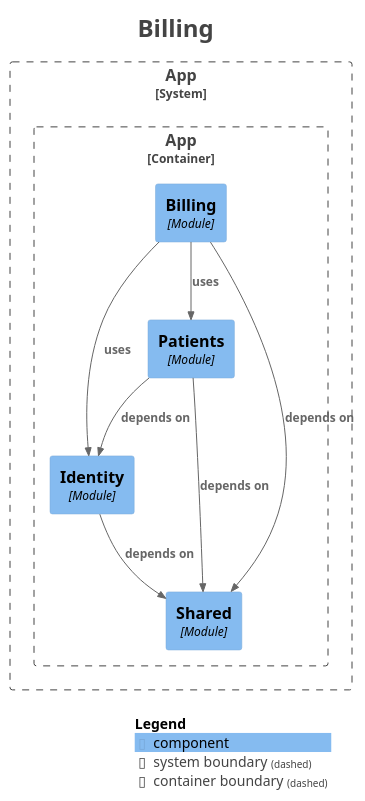
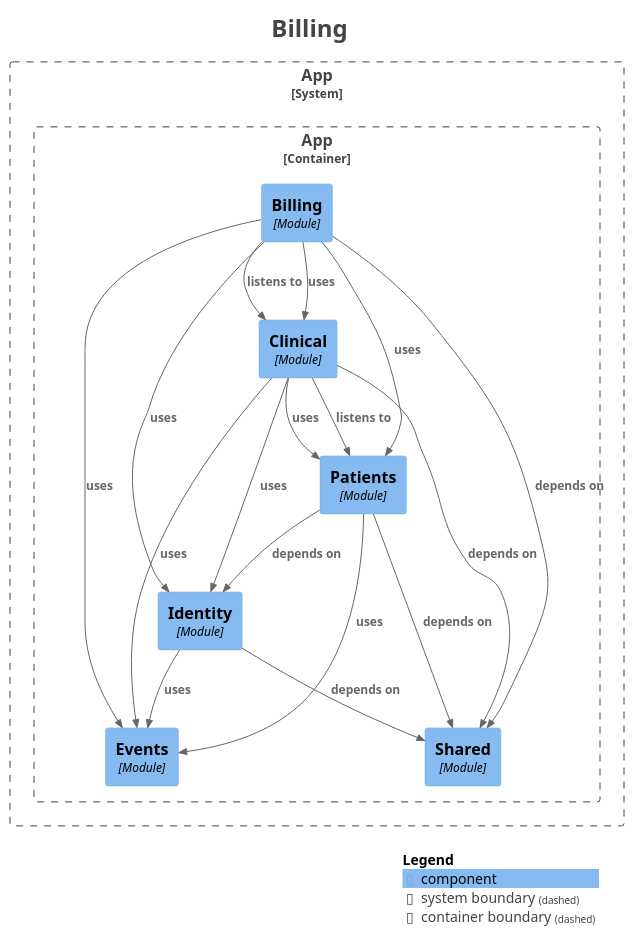
One commit to mrscams/psymate-api changed the diagram in docs/generated/module-billing.puml. Above: the diagram before and after it, drawn with PlantUML. The commit also changed 40 other files, not shown here.

```diff
--- a/docs/generated/module-billing.puml
+++ b/docs/generated/module-billing.puml
@@ -1,37 +1,49 @@
 @startuml
 title <size:24>Billing</size>
 
 set separator none
 top to bottom direction
 
 <style>
   root {
     BackgroundColor: #ffffff
     FontColor: #444444
   }
 </style>
 
 !include <C4/C4>
 !include <C4/C4_Context>
 !include <C4/C4_Component>
 
 System_Boundary("App_boundary", "App", $tags="") {
   Container_Boundary("App.App_boundary", "App", $tags="") {
     Component(App.App.Billing, "Billing", $techn="Module", $descr="", $tags="", $link="")
+    Component(App.App.Clinical, "Clinical", $techn="Module", $descr="", $tags="", $link="")
+    Component(App.App.Events, "Events", $techn="Module", $descr="", $tags="", $link="")
     Component(App.App.Identity, "Identity", $techn="Module", $descr="", $tags="", $link="")
     Component(App.App.Patients, "Patients", $techn="Module", $descr="", $tags="", $link="")
     Component(App.App.Shared, "Shared", $techn="Module", $descr="", $tags="", $link="")
   }
 
 }
 
+Rel(App.App.Billing, App.App.Clinical, "listens to", $techn="", $tags="", $link="")
+Rel(App.App.Billing, App.App.Clinical, "uses", $techn="", $tags="", $link="")
+Rel(App.App.Billing, App.App.Events, "uses", $techn="", $tags="", $link="")
 Rel(App.App.Billing, App.App.Identity, "uses", $techn="", $tags="", $link="")
 Rel(App.App.Billing, App.App.Patients, "uses", $techn="", $tags="", $link="")
 Rel(App.App.Billing, App.App.Shared, "depends on", $techn="", $tags="", $link="")
+Rel(App.App.Clinical, App.App.Events, "uses", $techn="", $tags="", $link="")
+Rel(App.App.Clinical, App.App.Identity, "uses", $techn="", $tags="", $link="")
+Rel(App.App.Clinical, App.App.Patients, "listens to", $techn="", $tags="", $link="")
+Rel(App.App.Clinical, App.App.Patients, "uses", $techn="", $tags="", $link="")
+Rel(App.App.Clinical, App.App.Shared, "depends on", $techn="", $tags="", $link="")
+Rel(App.App.Identity, App.App.Events, "uses", $techn="", $tags="", $link="")
 Rel(App.App.Identity, App.App.Shared, "depends on", $techn="", $tags="", $link="")
+Rel(App.App.Patients, App.App.Events, "uses", $techn="", $tags="", $link="")
 Rel(App.App.Patients, App.App.Identity, "depends on", $techn="", $tags="", $link="")
 Rel(App.App.Patients, App.App.Shared, "depends on", $techn="", $tags="", $link="")
 
 SHOW_LEGEND(true)
 hide stereotypes
 @enduml
```
